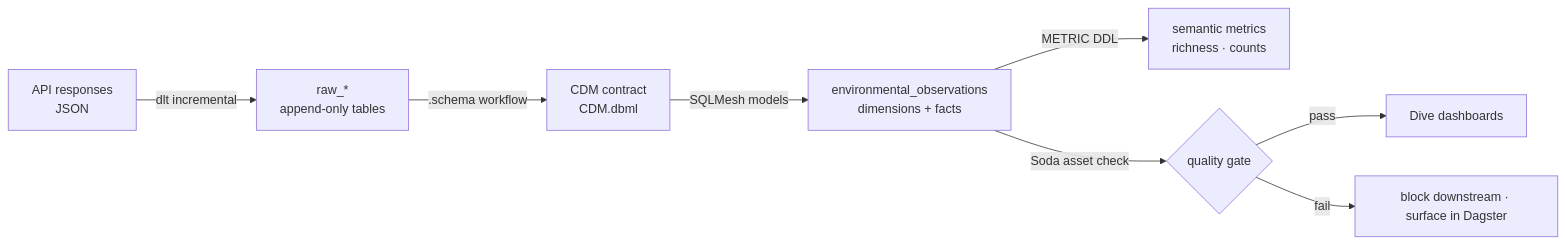
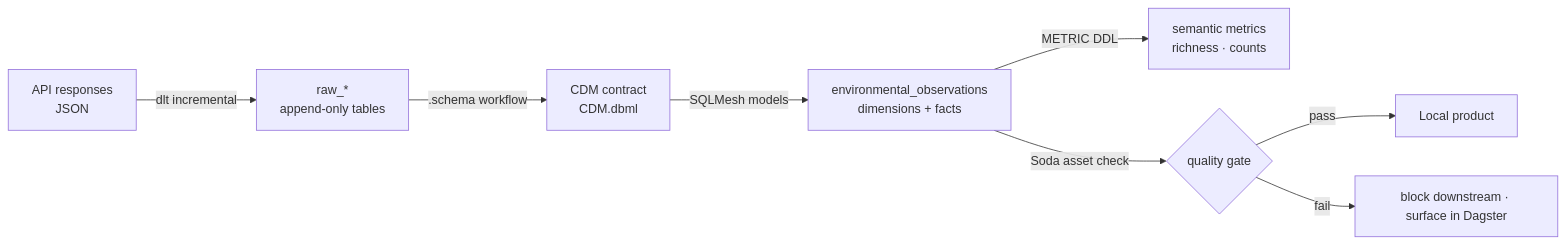
Before and after one commit to Doctacon/databox: the second of 2 diagrams in README.md, drawn with Mermaid. The commit also changed other lines of this file and 104 other files, not shown here.

````diff
--- a/README.md
+++ b/README.md
@@ -97,10 +97,10 @@
 ```mermaid
 flowchart LR
     A[API responses<br/>JSON] -->|dlt incremental| B[raw_*<br/>append-only tables]
     B -->|.schema workflow| C[CDM contract<br/>CDM.dbml]
     C -->|SQLMesh models| D[environmental_observations<br/>dimensions + facts]
     D -->|METRIC DDL| G[semantic metrics<br/>richness · counts]
     D -->|Soda asset check| H{quality gate}
-    H -->|pass| I[Dive dashboards]
+    H -->|pass| I[Local product]
     H -->|fail| J[block downstream · surface in Dagster]
 ```
````
